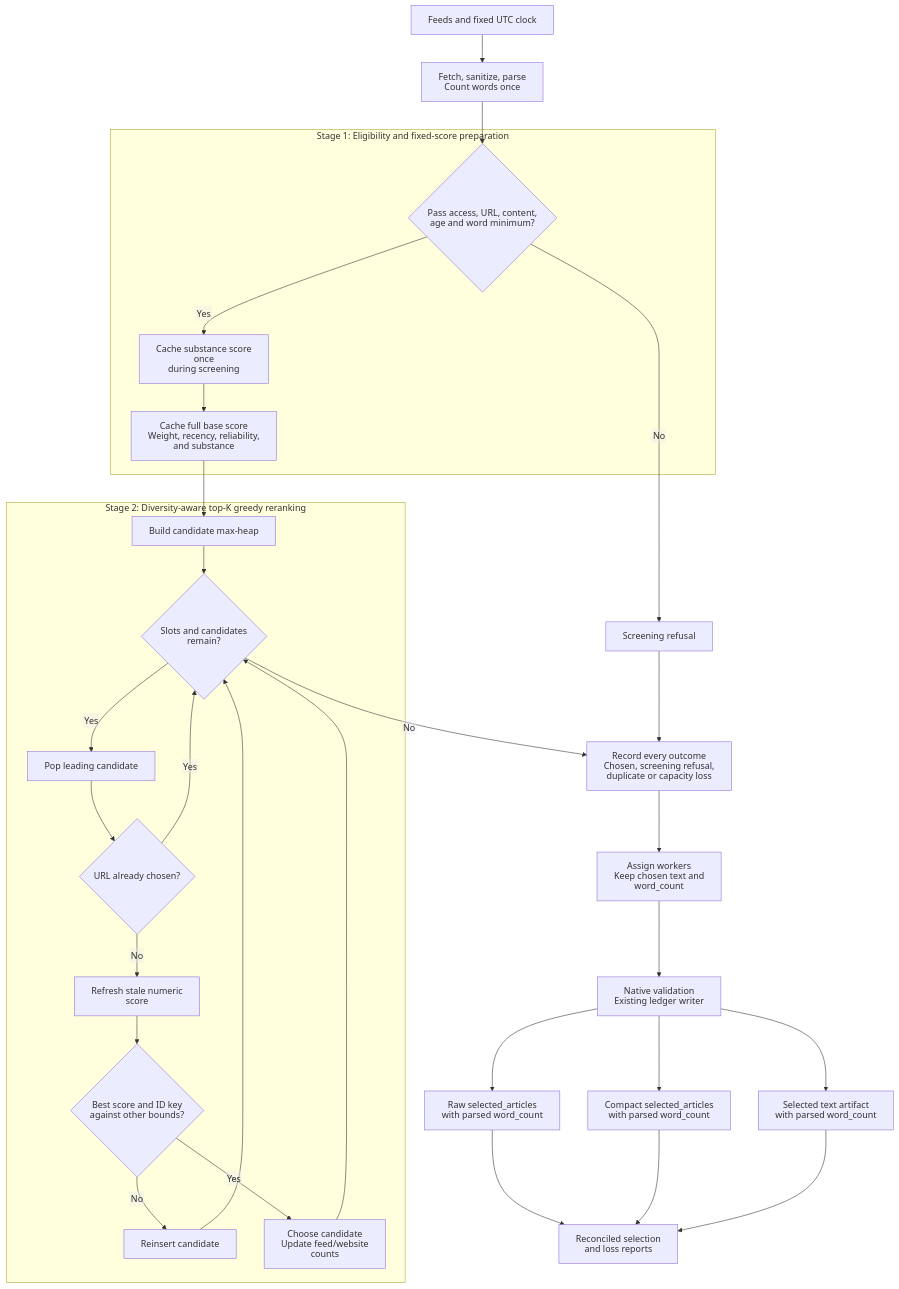
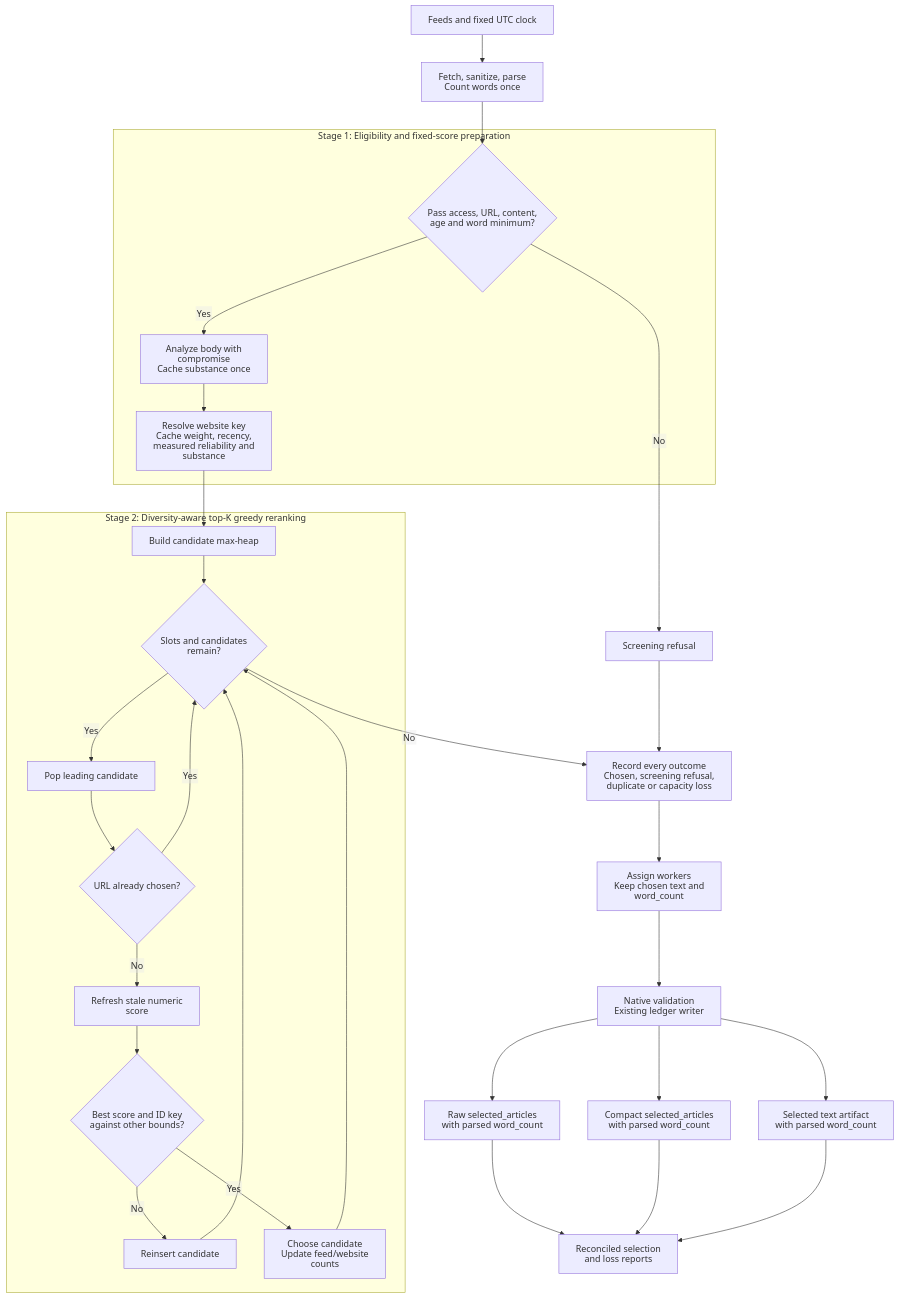
The diagram in TODO/20261101-diversity-aware-top-k-selection-plan.md (miztiik/yen-idhazh), drawn with Mermaid before and after one commit. The commit also changed other lines of this file, not shown here.

````diff
--- a/TODO/20261101-diversity-aware-top-k-selection-plan.md
+++ b/TODO/20261101-diversity-aware-top-k-selection-plan.md
@@ -40,44 +40,44 @@
 ```mermaid
 %%{init: {"htmlLabels": false, "flowchart": {"htmlLabels": false}}}%%
 flowchart TD
     inputs["Feeds and fixed UTC clock"]
     parse["Fetch, sanitize, parse<br/>Count words once"]
     inputs --> parse
 
     subgraph stage_one["Stage 1: Eligibility and fixed-score preparation"]
         gates{"Pass access, URL, content,<br/>age and word minimum?"}
-        substance["Cache substance score once<br/>during screening"]
-        base["Cache full base score<br/>Weight, recency, reliability,<br/>and substance"]
+        substance["Analyze body with compromise<br/>Cache substance once"]
+        base["Resolve website key<br/>Cache weight, recency,<br/>measured reliability and substance"]
         gates -->|Yes| substance --> base
     end
     parse --> gates
     gates -->|No| refusal["Screening refusal"]
 
     subgraph stage_two["Stage 2: Diversity-aware top-K greedy reranking"]
         heap["Build candidate max-heap"]
         remaining{"Slots and candidates<br/>remain?"}
         pop["Pop leading candidate"]
         duplicate{"URL already chosen?"}
         refresh["Refresh stale numeric score"]
         winner{"Best score and ID key<br/>against other bounds?"}
         reinsert["Reinsert candidate"]
         choose["Choose candidate<br/>Update feed/website counts"]
         heap --> remaining
         remaining -->|Yes| pop --> duplicate
         duplicate -->|Yes| remaining
         duplicate -->|No| refresh --> winner
         winner -->|No| reinsert --> remaining
         winner -->|Yes| choose --> remaining
     end
     base --> heap
     remaining -->|No| accounting["Record every outcome<br/>Chosen, screening refusal,<br/>duplicate or capacity loss"]
     refusal --> accounting
     accounting --> partition["Assign workers<br/>Keep chosen text and word_count"]
     partition --> persist["Native validation<br/>Existing ledger writer"]
     persist --> raw["Raw selected_articles<br/>with parsed word_count"]
     persist --> compact["Compact selected_articles<br/>with parsed word_count"]
     persist --> artifact["Selected text artifact<br/>with parsed word_count"]
     raw --> report["Reconciled selection<br/>and loss reports"]
     compact --> report
     artifact --> report
 ```
````
